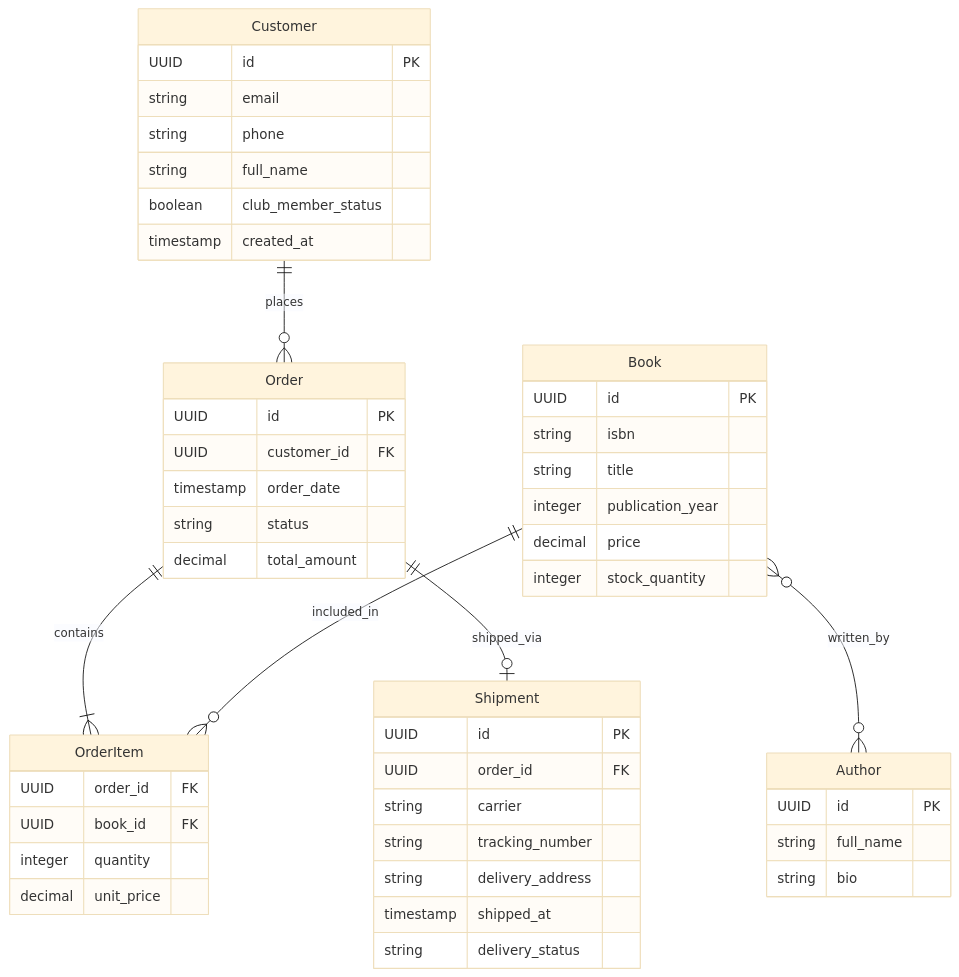
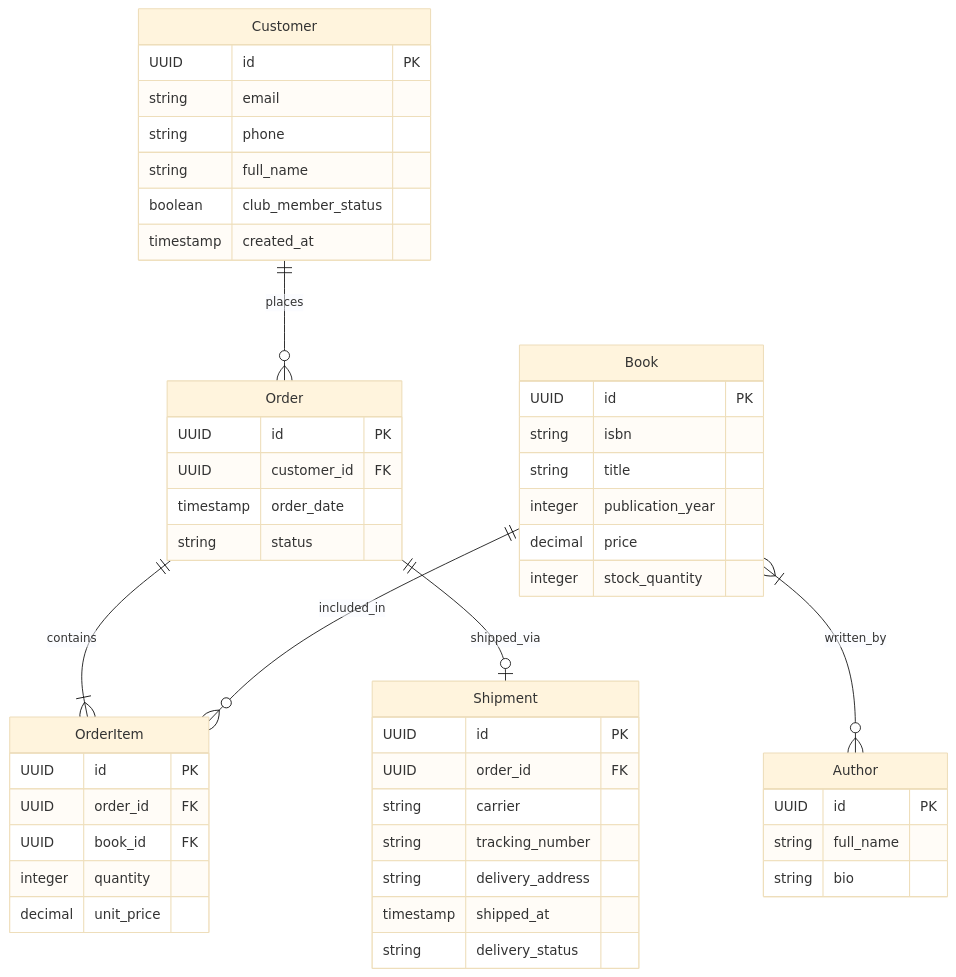
The diagram in Labs/lab-1/model.mmd (Jutsu78/system-modeling-labs), drawn with Mermaid (base theme) before and after one commit. The commit also changed 2 other files, not shown here.

Commit message:
refactor(lab-1): regenerate er model from refined spec and add diagram render

```diff
--- a/Labs/lab-1/model.mmd
+++ b/Labs/lab-1/model.mmd
@@ -1,55 +1,55 @@
 erDiagram
     Customer ||--o{ Order : "places"
     Order ||--|{ OrderItem : "contains"
     Book ||--o{ OrderItem : "included_in"
-    Book }o--o{ Author : "written_by"
+    Book }|--o{ Author : "written_by"
     Order ||--o| Shipment : "shipped_via"
 
     Customer {
         UUID id PK
         string email
         string phone
         string full_name
         boolean club_member_status
         timestamp created_at
     }
 
     Author {
         UUID id PK
         string full_name
         string bio
     }
 
     Book {
         UUID id PK
         string isbn
         string title
         integer publication_year
         decimal price
         integer stock_quantity
     }
 
     Order {
         UUID id PK
         UUID customer_id FK
         timestamp order_date
         string status
-        decimal total_amount
     }
 
     OrderItem {
+        UUID id PK
         UUID order_id FK
         UUID book_id FK
         integer quantity
         decimal unit_price
     }
 
     Shipment {
         UUID id PK
         UUID order_id FK
         string carrier
         string tracking_number
         string delivery_address
         timestamp shipped_at
         string delivery_status
     }
```
